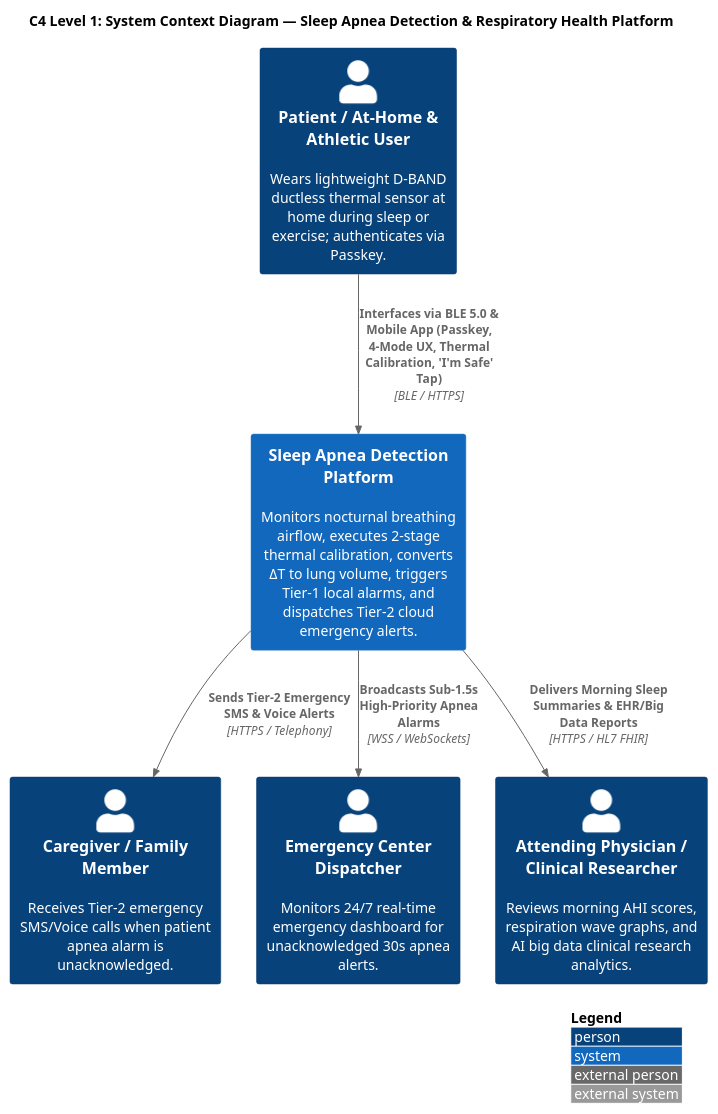
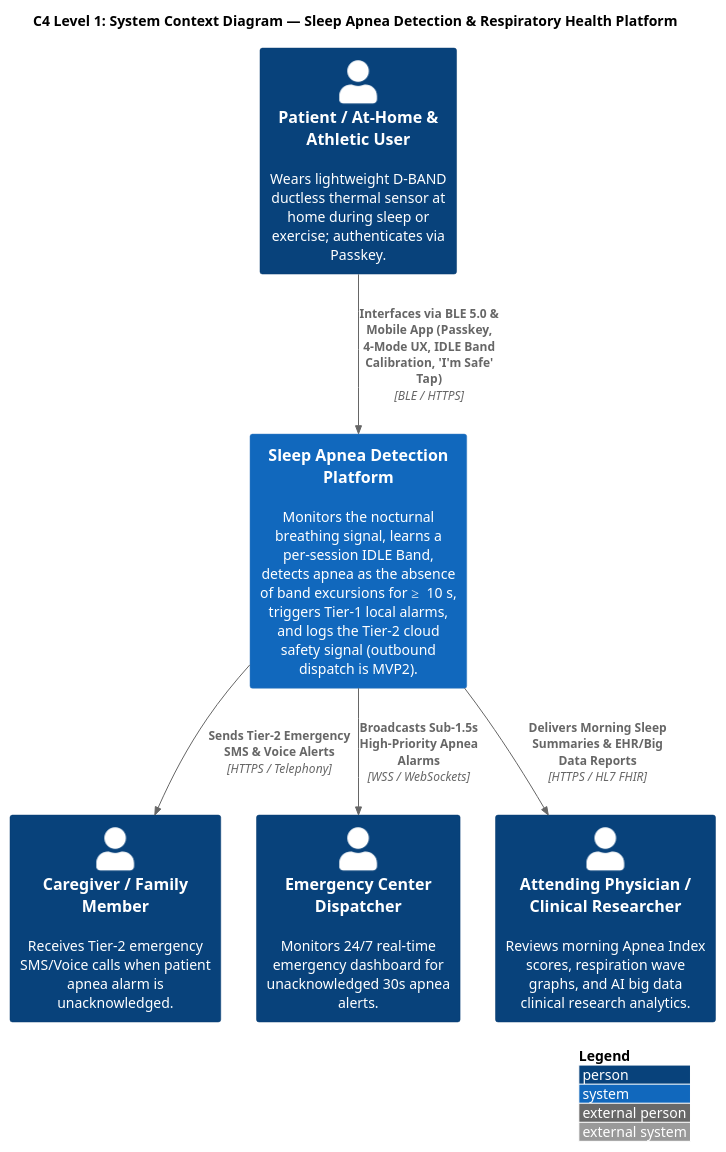
One commit to reidlai/masker-app changed the first of 19 diagrams in _bmad-output/architecture/ARCHITECTURE-SPINE.md. Above: the diagram before and after it, drawn with PlantUML. The commit also changed other lines of this file and 1 other file, not shown here.

First line of the commit message:
docs(architecture): fold IDLE Band signal model into spine (v21.0.0)

````diff
--- a/_bmad-output/architecture/ARCHITECTURE-SPINE.md
+++ b/_bmad-output/architecture/ARCHITECTURE-SPINE.md
@@ -24,22 +24,22 @@
 ```plantuml
 @startuml C4_Level1_System_Context
 !include https://raw.githubusercontent.com/plantuml-stdlib/C4-PlantUML/master/C4_Context.puml
 
 LAYOUT_WITH_LEGEND()
 
 title C4 Level 1: System Context Diagram — Sleep Apnea Detection & Respiratory Health Platform
 
 Person(patient, "Patient / At-Home & Athletic User", "Wears lightweight D-BAND ductless thermal sensor at home during sleep or exercise; authenticates via Passkey.")
 Person(caregiver, "Caregiver / Family Member", "Receives Tier-2 emergency SMS/Voice calls when patient apnea alarm is unacknowledged.")
 Person(dispatcher, "Emergency Center Dispatcher", "Monitors 24/7 real-time emergency dashboard for unacknowledged 30s apnea alerts.")
-Person(doctor, "Attending Physician / Clinical Researcher", "Reviews morning AHI scores, respiration wave graphs, and AI big data clinical research analytics.")
+Person(doctor, "Attending Physician / Clinical Researcher", "Reviews morning Apnea Index scores, respiration wave graphs, and AI big data clinical research analytics.")
 
-System(system, "Sleep Apnea Detection Platform", "Monitors nocturnal breathing airflow, executes 2-stage thermal calibration, converts ΔT to lung volume, triggers Tier-1 local alarms, and dispatches Tier-2 cloud emergency alerts.")
+System(system, "Sleep Apnea Detection Platform", "Monitors the nocturnal breathing signal, learns a per-session IDLE Band, detects apnea as the absence of band excursions for ≥ 10 s, triggers Tier-1 local alarms, and logs the Tier-2 cloud safety signal (outbound dispatch is MVP2).")
 
-Rel(patient, system, "Interfaces via BLE 5.0 & Mobile App (Passkey, 4-Mode UX, Thermal Calibration, 'I'm Safe' Tap)", "BLE / HTTPS")
+Rel(patient, system, "Interfaces via BLE 5.0 & Mobile App (Passkey, 4-Mode UX, IDLE Band Calibration, 'I'm Safe' Tap)", "BLE / HTTPS")
 Rel(system, caregiver, "Sends Tier-2 Emergency SMS & Voice Alerts", "HTTPS / Telephony")
 Rel(system, dispatcher, "Broadcasts Sub-1.5s High-Priority Apnea Alarms", "WSS / WebSockets")
 Rel(system, doctor, "Delivers Morning Sleep Summaries & EHR/Big Data Reports", "HTTPS / HL7 FHIR")
 
 @enduml
 ```
````
